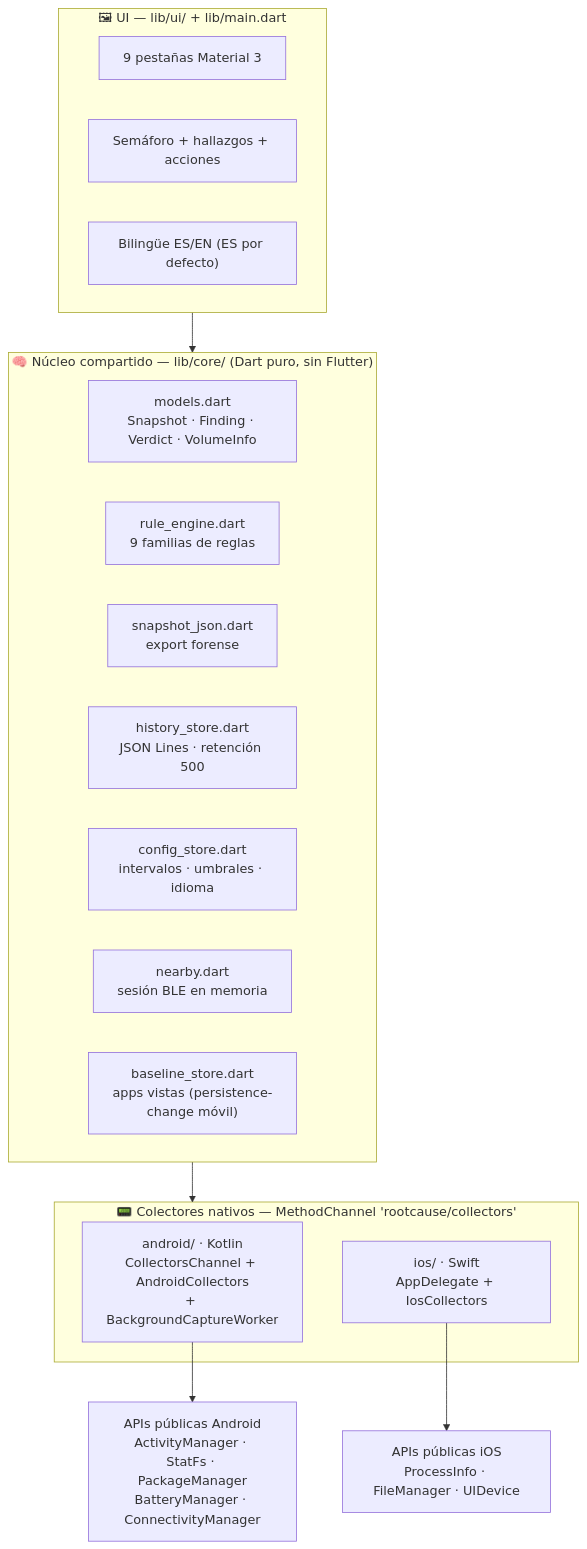
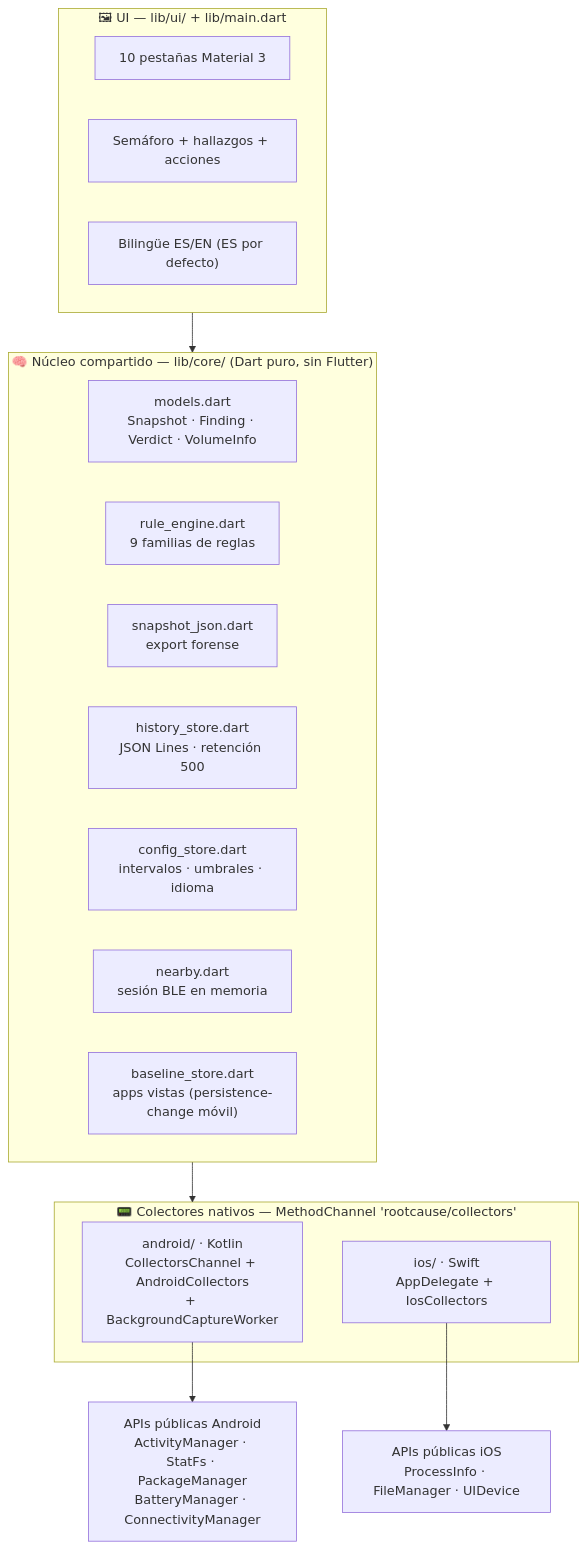
The first of 2 diagrams in docs/ARCHITECTURE.md (vladimiracunadev-create/rootcause-mobile-inspector), drawn with Mermaid before and after one commit. The commit also changed 16 other files, not shown here.

````diff
--- a/docs/ARCHITECTURE.md
+++ b/docs/ARCHITECTURE.md
@@ -7,28 +7,28 @@
 ```mermaid
 flowchart TB
     subgraph UI["🖼 UI — lib/ui/ + lib/main.dart"]
-        TABS["9 pestañas Material 3"]
+        TABS["10 pestañas Material 3"]
         SEM["Semáforo + hallazgos + acciones"]
         I18N["Bilingüe ES/EN (ES por defecto)"]
     end
 
     subgraph CORE["🧠 Núcleo compartido — lib/core/ (Dart puro, sin Flutter)"]
         MODELS["models.dart<br/>Snapshot · Finding · Verdict · VolumeInfo"]
         ENGINE["rule_engine.dart<br/>9 familias de reglas"]
         JSON["snapshot_json.dart<br/>export forense"]
         HIST["history_store.dart<br/>JSON Lines · retención 500"]
         CFG["config_store.dart<br/>intervalos · umbrales · idioma"]
         NEAR["nearby.dart<br/>sesión BLE en memoria"]
         BASE["baseline_store.dart<br/>apps vistas (persistence-change móvil)"]
     end
 
     subgraph NATIVE["📟 Colectores nativos — MethodChannel 'rootcause/collectors'"]
         KT["android/ · Kotlin<br/>CollectorsChannel + AndroidCollectors<br/>+ BackgroundCaptureWorker"]
         SW["ios/ · Swift<br/>AppDelegate + IosCollectors"]
     end
 
     UI --> CORE
     CORE --> NATIVE
     KT --> API_A["APIs públicas Android<br/>ActivityManager · StatFs · PackageManager<br/>BatteryManager · ConnectivityManager"]
     SW --> API_I["APIs públicas iOS<br/>ProcessInfo · FileManager · UIDevice"]
 ```
````
